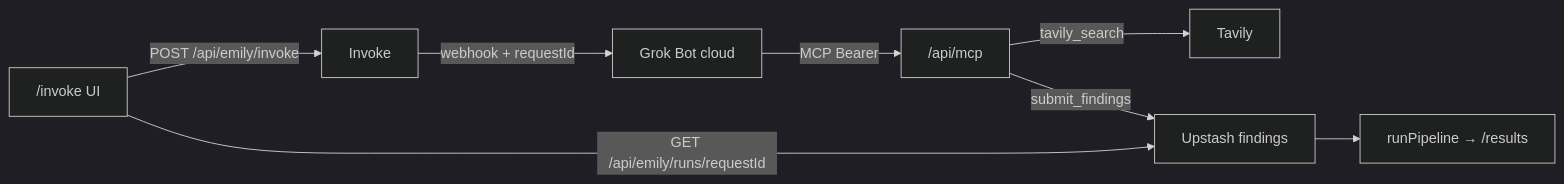
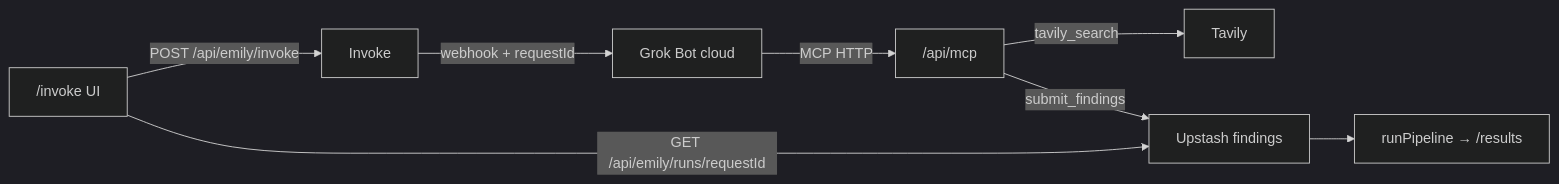
Before and after one commit to mbanerjeepalmer/autonomous-emily: the diagram in docs/SPEC-nextjs-invoke-grok-bot.md, drawn with Mermaid (dark theme). The commit also changed other lines of this file and 21 other files, not shown here.

Commit message:
Drop MCP Bearer auth so Grok Bot can register the HTTP server by URL, and carry agent choice through the search flow.

````diff
--- a/docs/SPEC-nextjs-invoke-grok-bot.md
+++ b/docs/SPEC-nextjs-invoke-grok-bot.md
@@ -27,10 +27,10 @@
 ```mermaid
 flowchart LR
   UI["/invoke UI"] -->|POST /api/emily/invoke| Invoke
   Invoke -->|webhook + requestId| Bot[Grok Bot cloud]
-  Bot -->|MCP Bearer| MCP["/api/mcp"]
+  Bot -->|MCP HTTP| MCP["/api/mcp"]
   MCP -->|tavily_search| Tavily
   MCP -->|submit_findings| Store[Upstash findings]
   Store --> Pipeline["runPipeline → /results"]
   UI -->|GET /api/emily/runs/requestId| Store
 ```
````
